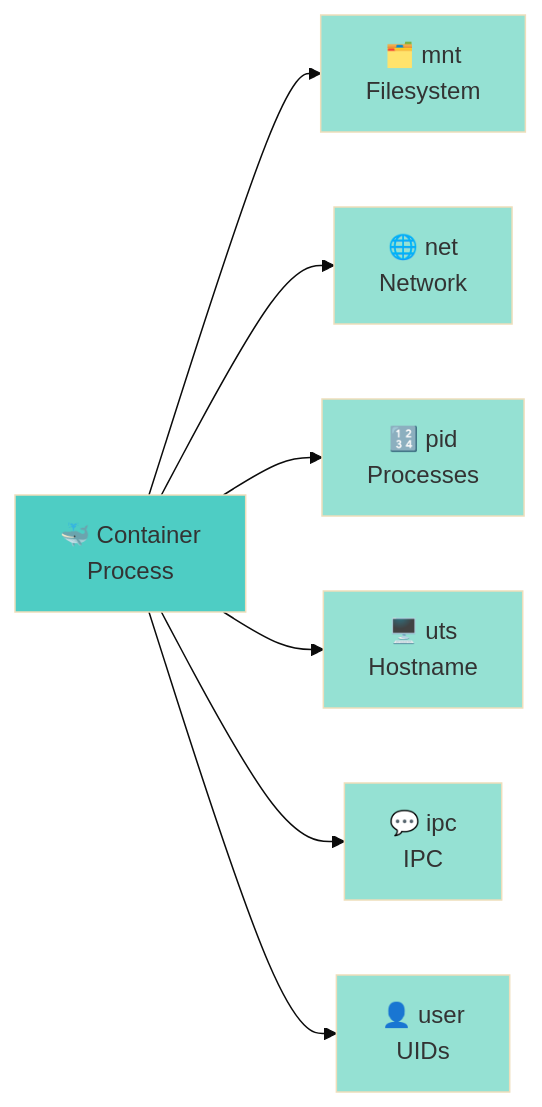
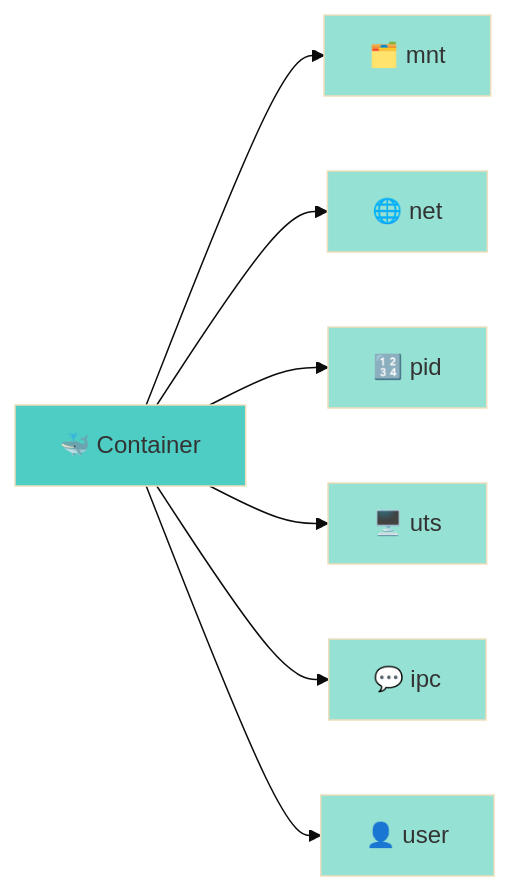
Before and after one commit to tfd-ed/tfd-workshop: the eighth of 9 diagrams in series/web-security/w1-container-security-basics/materials/workshop-1-content.md, drawn with Mermaid (base theme). The commit also changed other lines of this file, not shown here.

Commit message:
Namespace vertical

````diff
--- a/series/web-security/w1-container-security-basics/materials/workshop-1-content.md
+++ b/series/web-security/w1-container-security-basics/materials/workshop-1-content.md
@@ -463,20 +463,17 @@
 ```mermaid
 graph LR
-    Container["🐳 Container<br/>Process"]
-    
-    Container --> NS1["🗂️ mnt<br/>Filesystem"]
-    Container --> NS2["🌐 net<br/>Network"]
-    Container --> NS3["🔢 pid<br/>Processes"]
-    
-    Container --> NS4["🖥️ uts<br/>Hostname"]
-    Container --> NS5["💬 ipc<br/>IPC"]
-    Container --> NS6["👤 user<br/>UIDs"]
+    Container["🐳 Container"] --> NS1["🗂️ mnt"]
+    Container --> NS2["🌐 net"]
+    Container --> NS3["🔢 pid"]
+    Container --> NS4["🖥️ uts"]
+    Container --> NS5["💬 ipc"]
+    Container --> NS6["👤 user"]
     
     style Container fill:#4ecdc4
     style NS1 fill:#95e1d3
     style NS2 fill:#95e1d3
     style NS3 fill:#95e1d3
     style NS4 fill:#95e1d3
     style NS5 fill:#95e1d3
     style NS6 fill:#95e1d3
 ```
````
